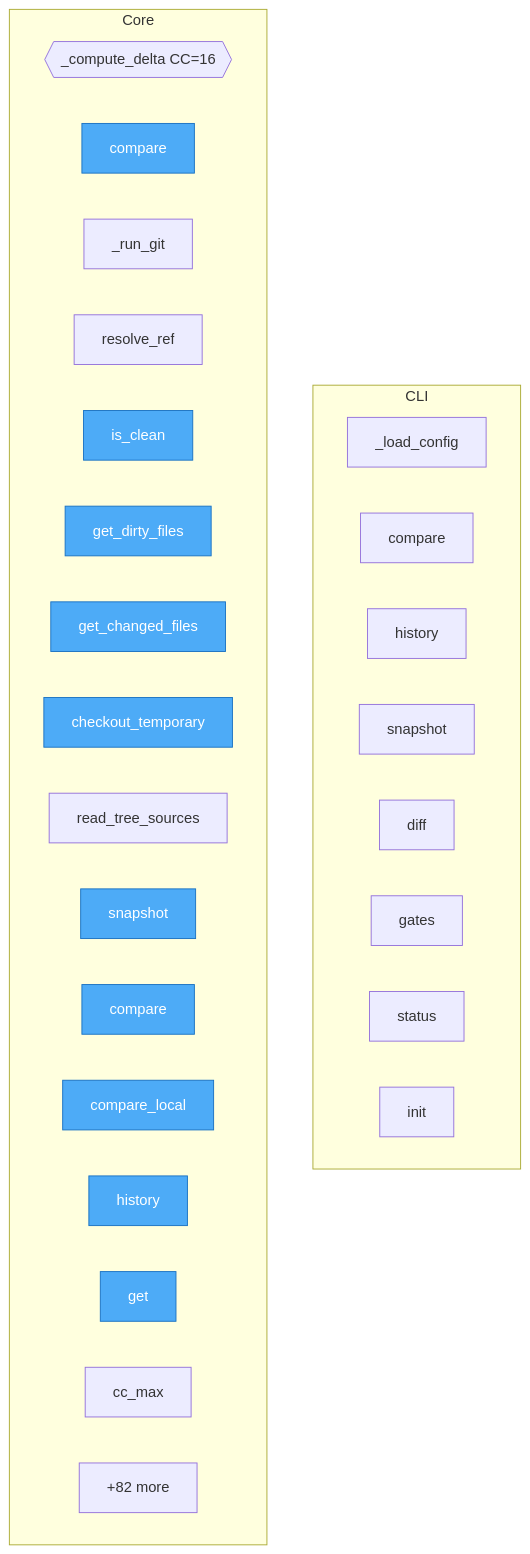
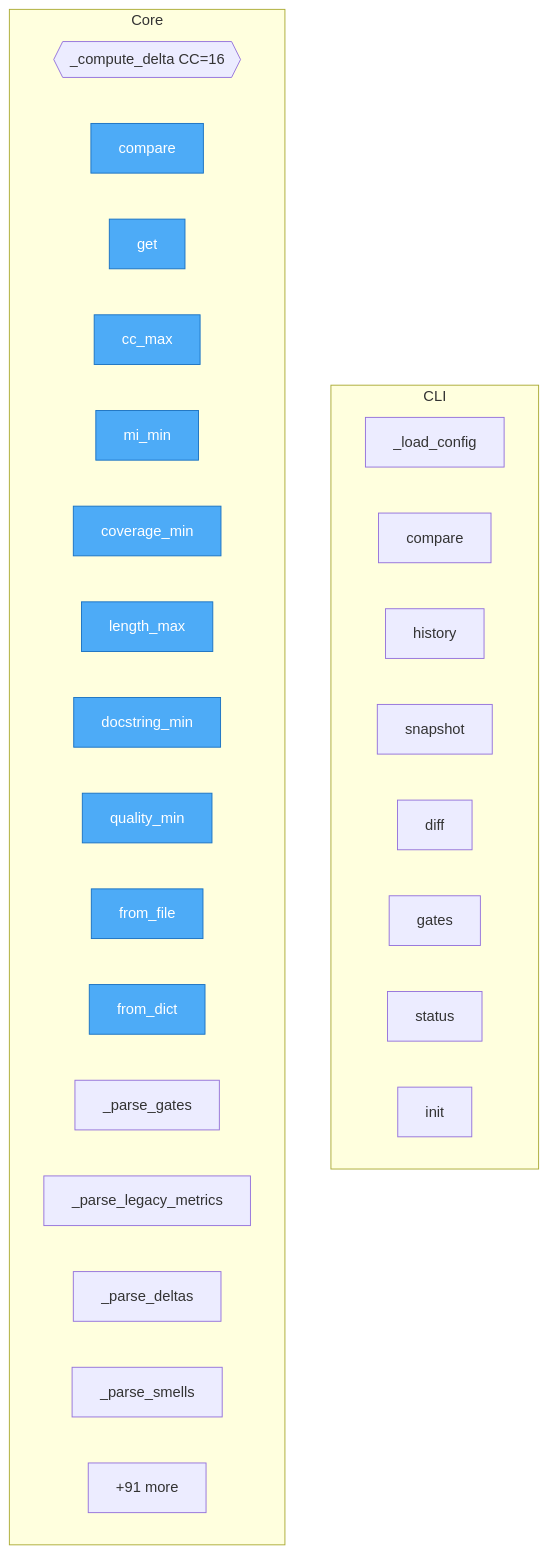
Before and after one commit to semcod/regix: the diagram in project/flow.mmd, drawn with Mermaid. The commit also changed 14 other files, not shown here.

```diff
--- a/project/flow.mmd
+++ b/project/flow.mmd
@@ -1,36 +1,36 @@
 flowchart TD
 
     %% Entry points (blue)
     classDef entry fill:#4dabf7,stroke:#1971c2,color:#fff
 
     subgraph CLI
         regix__cli___load_config["_load_config"]
         regix__cli__compare["compare"]
         regix__cli__history["history"]
         regix__cli__snapshot["snapshot"]
         regix__cli__diff["diff"]
         regix__cli__gates["gates"]
         regix__cli__status["status"]
         regix__cli__init["init"]
     end
 
     subgraph Core
         regix__compare___compute_delta{{_compute_delta CC=16}}
         regix__compare__compare["compare"]
-        regix__git___run_git["_run_git"]
-        regix__git__resolve_ref["resolve_ref"]
-        regix__git__is_clean["is_clean"]
-        regix__git__get_dirty_files["get_dirty_files"]
-        regix__git__get_changed_files["get_changed_files"]
-        regix__git__checkout_temporary["checkout_temporary"]
-        regix__git__read_tree_sources["read_tree_sources"]
-        regix__Regix__snapshot["snapshot"]
-        regix__Regix__compare["compare"]
-        regix__Regix__compare_local["compare_local"]
-        regix__Regix__history["history"]
         regix__config__GateThresholds__get["get"]
         regix__config__RegressionConfig__cc_max["cc_max"]
-        ...["+82 more"]
+        regix__config__RegressionConfig__mi_min["mi_min"]
+        regix__config__RegressionConfig__coverage_min["coverage_min"]
+        regix__config__RegressionConfig__length_max["length_max"]
+        regix__config__RegressionConfig__docstring_min["docstring_min"]
+        regix__config__RegressionConfig__quality_min["quality_min"]
+        regix__config__RegressionConfig__from_file["from_file"]
+        regix__config__RegressionConfig__from_dict["from_dict"]
+        regix__config__RegressionConfig___parse_gates["_parse_gates"]
+        regix__config__RegressionConfig___parse_legacy_metrics["_parse_legacy_metrics"]
+        regix__config__RegressionConfig___parse_deltas["_parse_deltas"]
+        regix__config__RegressionConfig___parse_smells["_parse_smells"]
+        ...["+91 more"]
     end
 
-    class regix__compare__compare,regix__git__is_clean,regix__git__get_dirty_files,regix__git__get_changed_files,regix__git__checkout_temporary,regix__Regix__snapshot,regix__Regix__compare,regix__Regix__compare_local,regix__Regix__history,regix__config__GateThresholds__get entry
+    class regix__compare__compare,regix__config__GateThresholds__get,regix__config__RegressionConfig__cc_max,regix__config__RegressionConfig__mi_min,regix__config__RegressionConfig__coverage_min,regix__config__RegressionConfig__length_max,regix__config__RegressionConfig__docstring_min,regix__config__RegressionConfig__quality_min,regix__config__RegressionConfig__from_file,regix__config__RegressionConfig__from_dict entry
```
